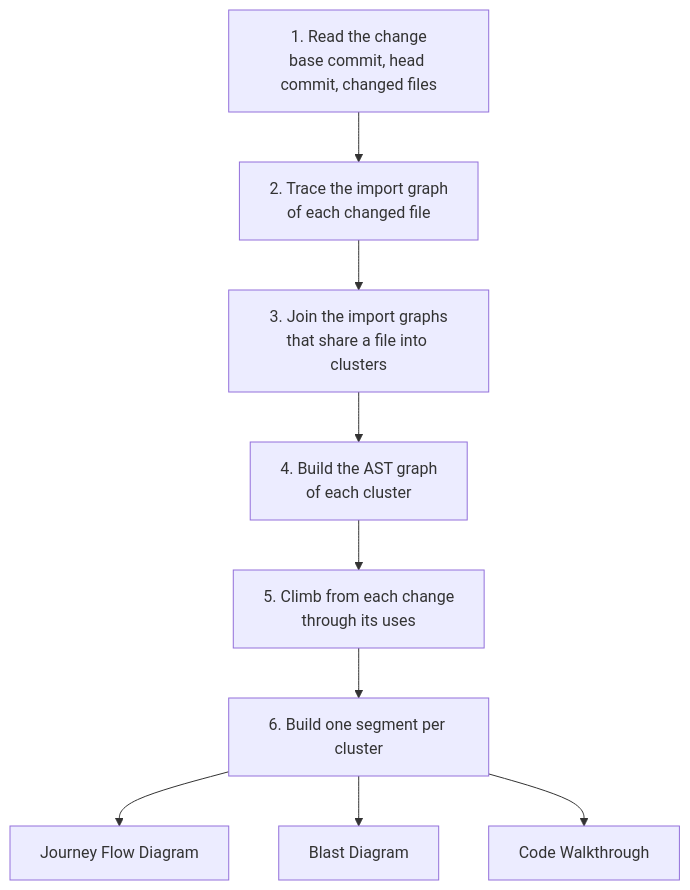
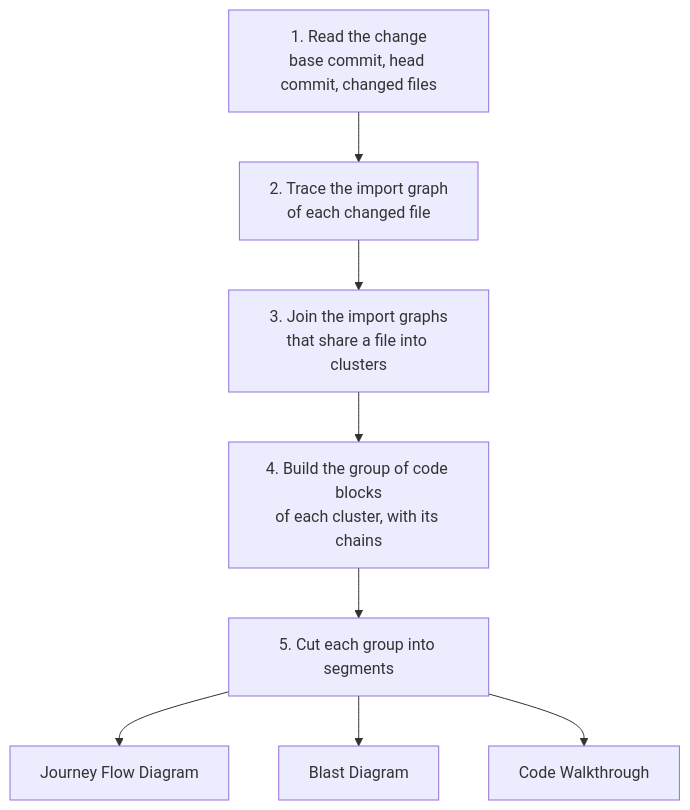
Before and after one commit to kidlat-dakila/flight-plan: the first of 2 diagrams in docs/vocabulary/codegraph.md, drawn with Mermaid. The commit also changed other lines of this file and 400 other files, not shown here.

````diff
--- a/docs/vocabulary/codegraph.md
+++ b/docs/vocabulary/codegraph.md
@@ -59,17 +70,16 @@
 ```mermaid
 flowchart TD
   change["1. Read the change<br/>base commit, head commit, changed files"]
   trace["2. Trace the import graph<br/>of each changed file"]
   cluster["3. Join the import graphs<br/>that share a file into clusters"]
-  ast["4. Build the AST graph<br/>of each cluster"]
-  climb["5. Climb from each change<br/>through its uses"]
-  segment["6. Build one segment per cluster"]
+  group["4. Build the group of code blocks<br/>of each cluster, with its chains"]
+  cut["5. Cut each group into segments"]
   journey["Journey Flow Diagram"]
   blast["Blast Diagram"]
   walkthrough["Code Walkthrough"]
 
-  change --> trace --> cluster --> ast --> climb --> segment
-  segment --> journey
-  segment --> blast
-  segment --> walkthrough
+  change --> trace --> cluster --> group --> cut
+  cut --> journey
+  cut --> blast
+  cut --> walkthrough
 ```
````
